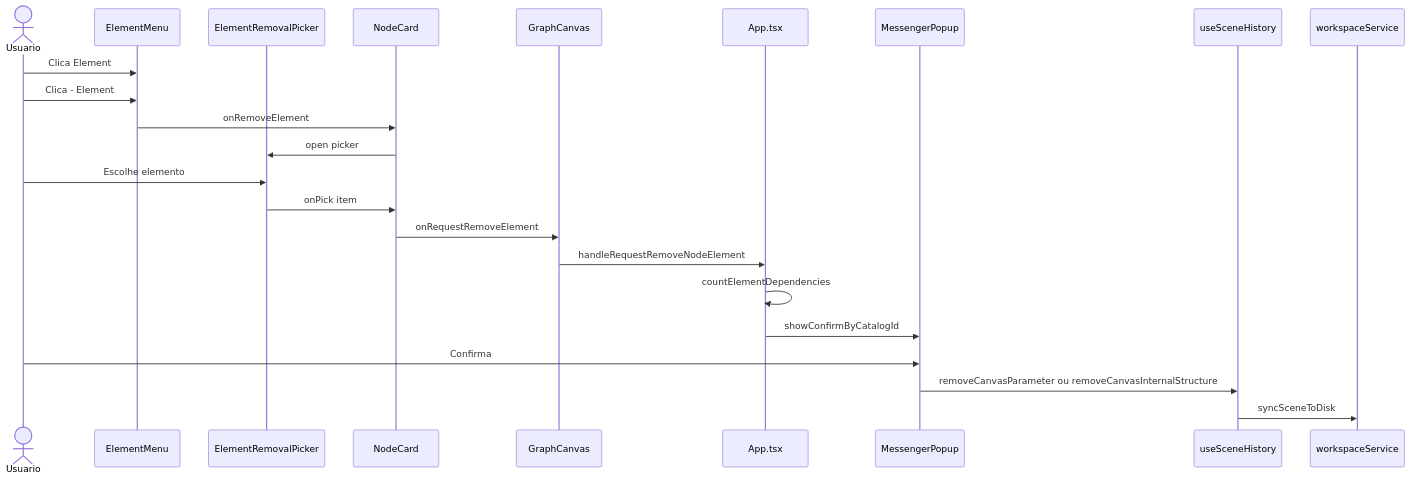
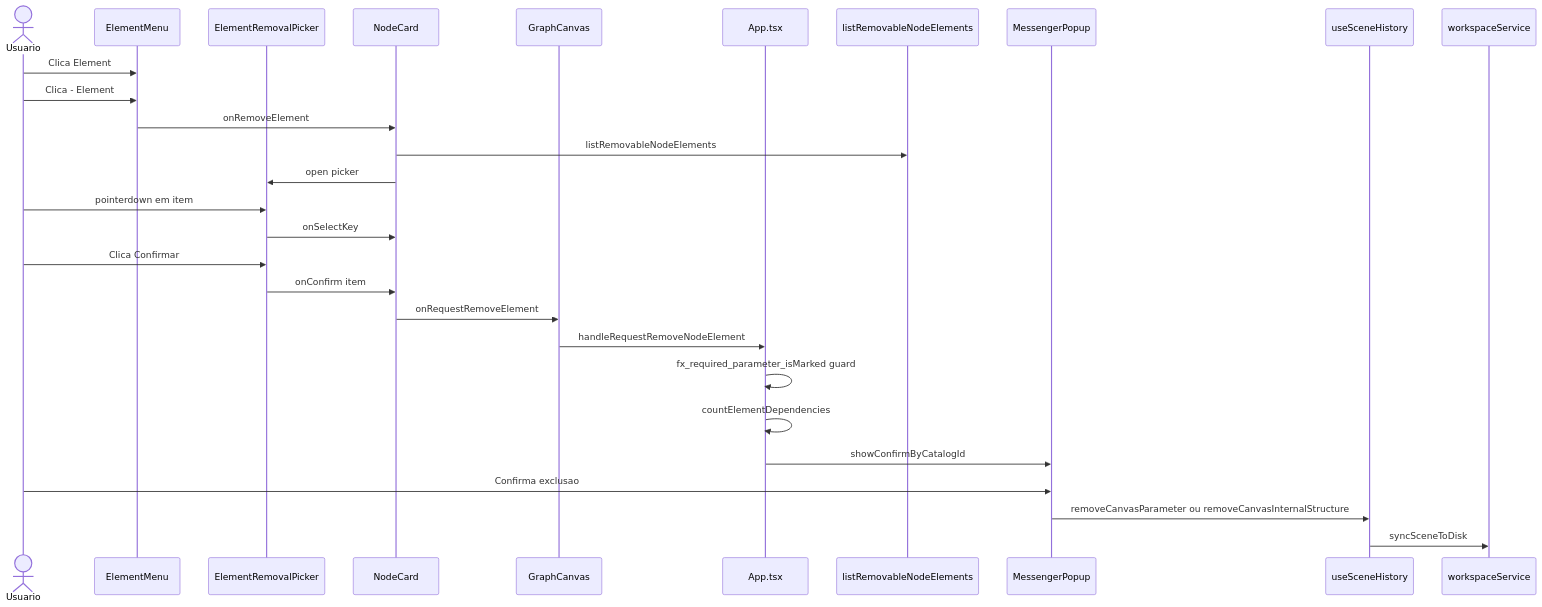
Before and after one commit to JunioCesar96/Node-Graphs-League-of-Legends: the second of 2 diagrams in feature_md/feature/feature-element-menu.md, drawn with Mermaid. The commit also changed other lines of this file and 1 other file, not shown here.

````diff
--- a/feature_md/feature/feature-element-menu.md
+++ b/feature_md/feature/feature-element-menu.md
@@ -58,26 +64,31 @@
 ```mermaid
 sequenceDiagram
   actor U as Usuario
   participant EM as ElementMenu
   participant ERP as ElementRemovalPicker
   participant NC as NodeCard
   participant GC as GraphCanvas
   participant App as App.tsx
+  participant Core as listRemovableNodeElements
   participant Msg as MessengerPopup
   participant Hook as useSceneHistory
   participant WS as workspaceService
 
   U->>EM: Clica Element
   U->>EM: Clica - Element
   EM->>NC: onRemoveElement
+  NC->>Core: listRemovableNodeElements
   NC->>ERP: open picker
-  U->>ERP: Escolhe elemento
-  ERP->>NC: onPick item
+  U->>ERP: pointerdown em item
+  ERP->>NC: onSelectKey
+  U->>ERP: Clica Confirmar
+  ERP->>NC: onConfirm item
   NC->>GC: onRequestRemoveElement
   GC->>App: handleRequestRemoveNodeElement
+  App->>App: fx_required_parameter_isMarked guard
   App->>App: countElementDependencies
   App->>Msg: showConfirmByCatalogId
-  U->>Msg: Confirma
+  U->>Msg: Confirma exclusao
   Msg->>Hook: removeCanvasParameter ou removeCanvasInternalStructure
   Hook->>WS: syncSceneToDisk
 ```
````
